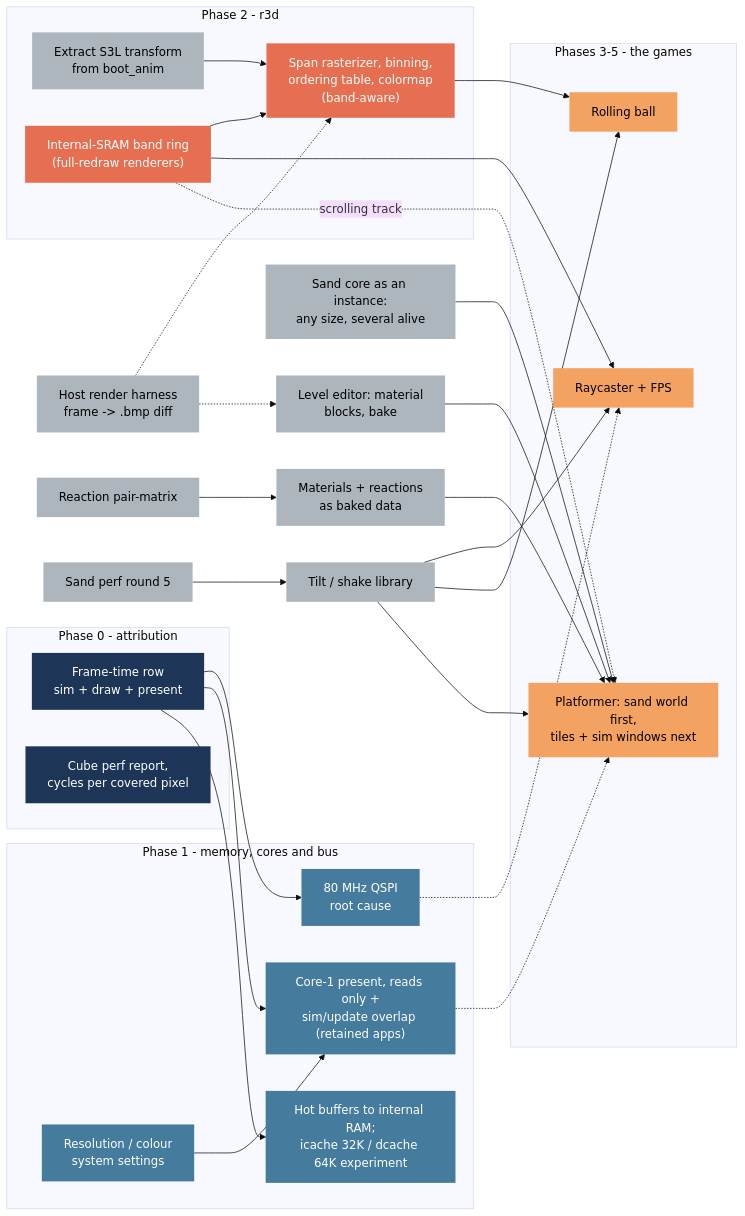
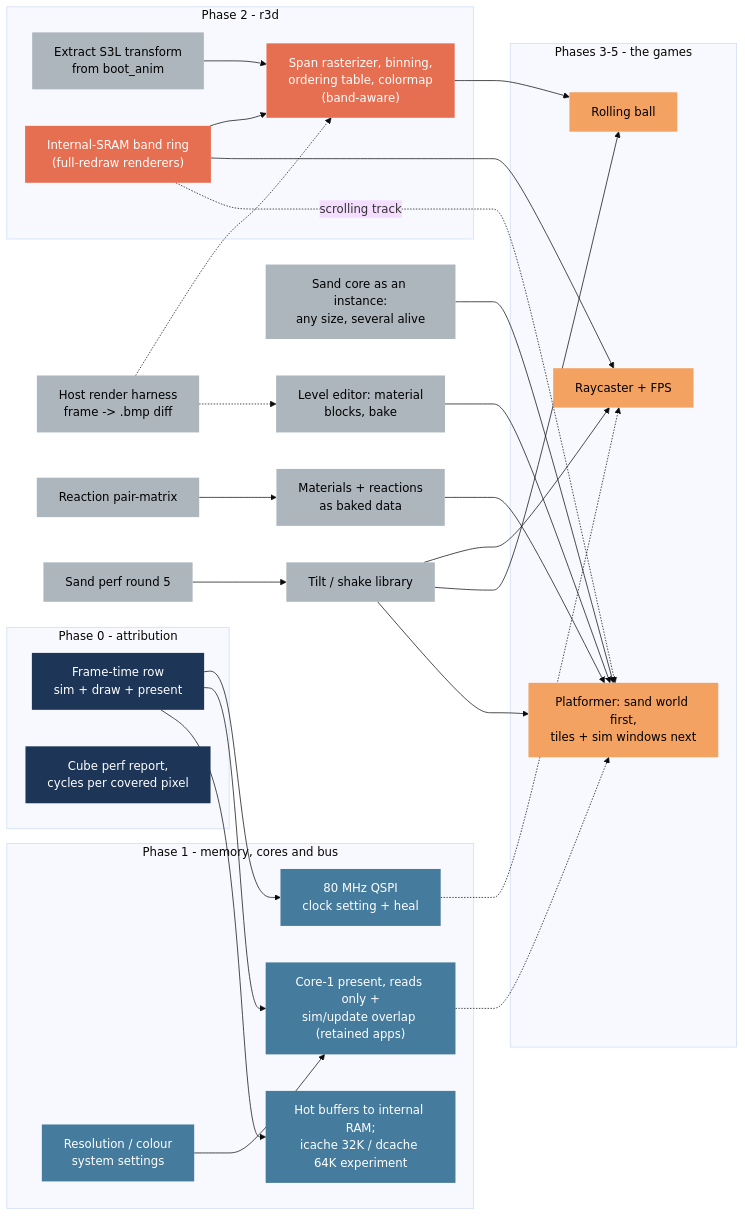
Before and after one commit to jose-villegas/autana: the first of 2 diagrams in docs/Autana-Rendering-Roadmap.md, drawn with Mermaid (base theme). The commit also changed other lines of this file and 11 other files, not shown here.

First line of the commit message:
docs,gfx: 80 MHz QSPI is outside the panel's rating

````diff
--- a/docs/Autana-Rendering-Roadmap.md
+++ b/docs/Autana-Rendering-Roadmap.md
@@ -31,58 +31,58 @@
 ```mermaid
 flowchart LR
   classDef p0 fill:#1d3557,color:#fff,stroke:none
   classDef p1 fill:#457b9d,color:#fff,stroke:none
   classDef p2 fill:#e76f51,color:#fff,stroke:none
   classDef game fill:#f4a261,color:#000,stroke:none
   classDef side fill:#adb5bd,color:#000,stroke:none
 
   subgraph P0["Phase 0 - attribution"]
     frameTime["Frame-time row<br/>sim + draw + present"]:::p0
     cubePerf["Cube perf report,<br/>cycles per covered pixel"]:::p0
   end
   subgraph P1["Phase 1 - memory, cores and bus"]
-    busRoot["80 MHz QSPI<br/>root cause"]:::p1
+    busRoot["80 MHz QSPI<br/>clock setting + heal"]:::p1
     corePresent["Core-1 present, reads only +<br/>sim/update overlap (retained apps)"]:::p1
     memPlacement["Hot buffers to internal RAM;<br/>icache 32K / dcache 64K experiment"]:::p1
     resSettings["Resolution / colour<br/>system settings"]:::p1
   end
   subgraph P2["Phase 2 - r3d"]
     s3lExtract["Extract S3L transform<br/>from boot_anim"]:::side
     bandRing["Internal-SRAM band ring<br/>(full-redraw renderers)"]:::p2
     rasterizer["Span rasterizer, binning,<br/>ordering table, colormap<br/>(band-aware)"]:::p2
   end
   subgraph G["Phases 3-5 - the games"]
     raycaster["Raycaster + FPS"]:::game
     rollingBall["Rolling ball"]:::game
     platformer["Platformer: sand world first,<br/>tiles + sim windows next"]:::game
   end
   hostHarness["Host render harness<br/>frame -> .bmp diff"]:::side
   levelEditor["Level editor: material<br/>blocks, bake"]:::side
   materialData["Materials + reactions<br/>as baked data"]:::side
   sandInstance["Sand core as an instance:<br/>any size, several alive"]:::side
   reactionMatrix["Reaction pair-matrix"]:::side
   tiltShake["Tilt / shake library"]:::side
   sandPerf5["Sand perf round 5"]:::side
 
   frameTime --> busRoot
   frameTime --> corePresent
   frameTime --> memPlacement
   resSettings --> corePresent
   bandRing --> rasterizer
   s3lExtract --> rasterizer
   bandRing --> raycaster
   tiltShake --> raycaster
   rasterizer --> rollingBall
   tiltShake --> rollingBall
   levelEditor --> platformer
   materialData --> platformer
   sandInstance --> platformer
   tiltShake --> platformer
   reactionMatrix --> materialData
   bandRing -.->|scrolling track| platformer
   sandPerf5 --> tiltShake
   hostHarness -.-> rasterizer
   hostHarness -.-> levelEditor
   busRoot -.-> raycaster
   corePresent -.-> platformer
 ```
````
